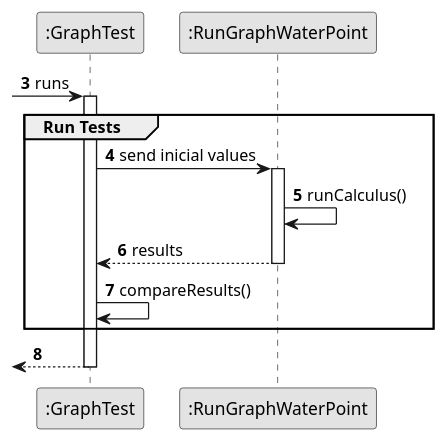
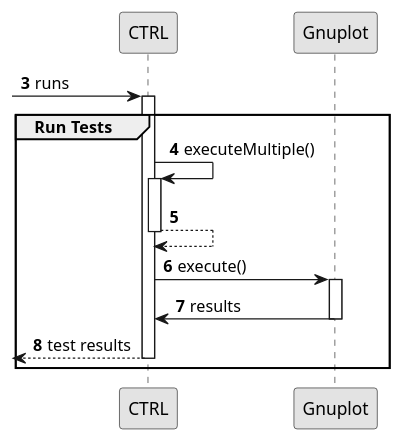
One commit to ricardomm7/leaflink changed the diagram in docs/sprintB/us014/03.design/puml/us014-sequence-diagram-partial-run-tests.puml. Above: the diagram before and after it, drawn with PlantUML. The commit also changed 19 other files, not shown here.

```diff
--- a/docs/sprintB/us014/03.design/puml/us014-sequence-diagram-partial-run-tests.puml
+++ b/docs/sprintB/us014/03.design/puml/us014-sequence-diagram-partial-run-tests.puml
@@ -1,26 +1,29 @@
 @startuml
 skinparam monochrome true
 skinparam packageStyle rectangle
 skinparam shadowing false
 
 autonumber 3
 
 'hide footbox
 
-participant ":GraphTest" as Test
-participant ":RunGraphWaterPoint" as RunGraphWP
- -> Test : runs
-                activate Test
+
+ -> CTRL : runs
                     group Run Tests
-                    Test -> RunGraphWP: send inicial values
-                activate RunGraphWP
+activate CTRL
 
-                    RunGraphWP -> RunGraphWP: runCalculus()
-                RunGraphWP --> Test : results
-                deactivate RunGraphWP
-                    Test -> Test : compareResults()
+                CTRL -> CTRL : executeMultiple()
+                activate CTRL
+                CTRL --> CTRL
+                deactivate CTRL
+                CTRL -> Gnuplot : execute()
+                activate Gnuplot
+                Gnuplot -> CTRL : results
+                deactivate Gnuplot
+
+            <-- CTRL : test results
+
+        deactivate CTRL
                     end
-               <-- Test
-                               deactivate Test
 
 @enduml
```
